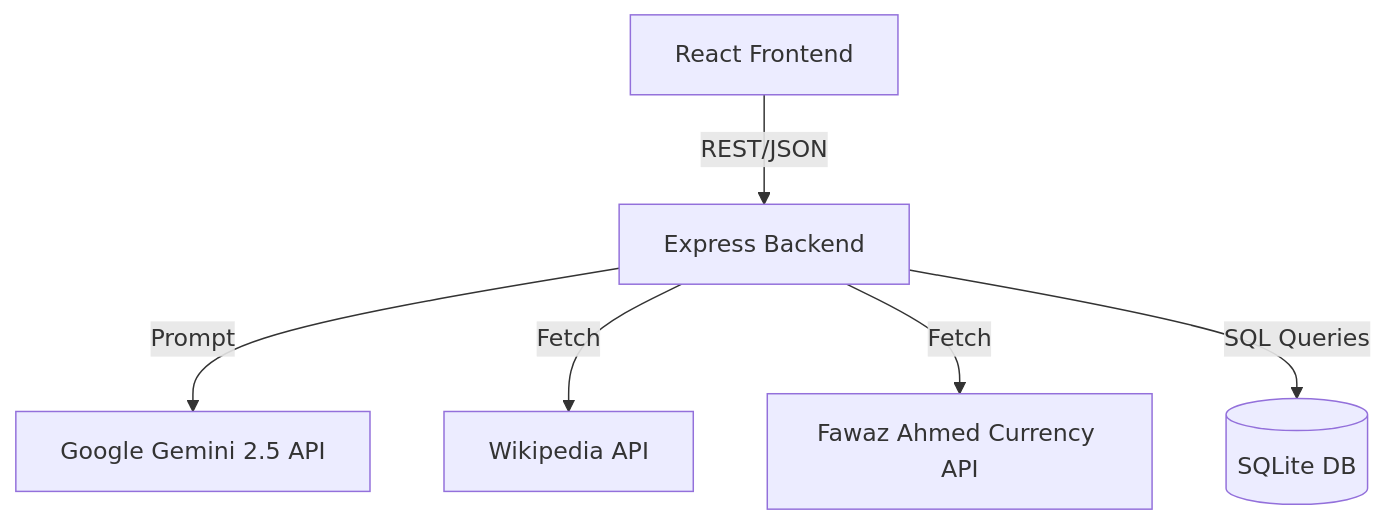
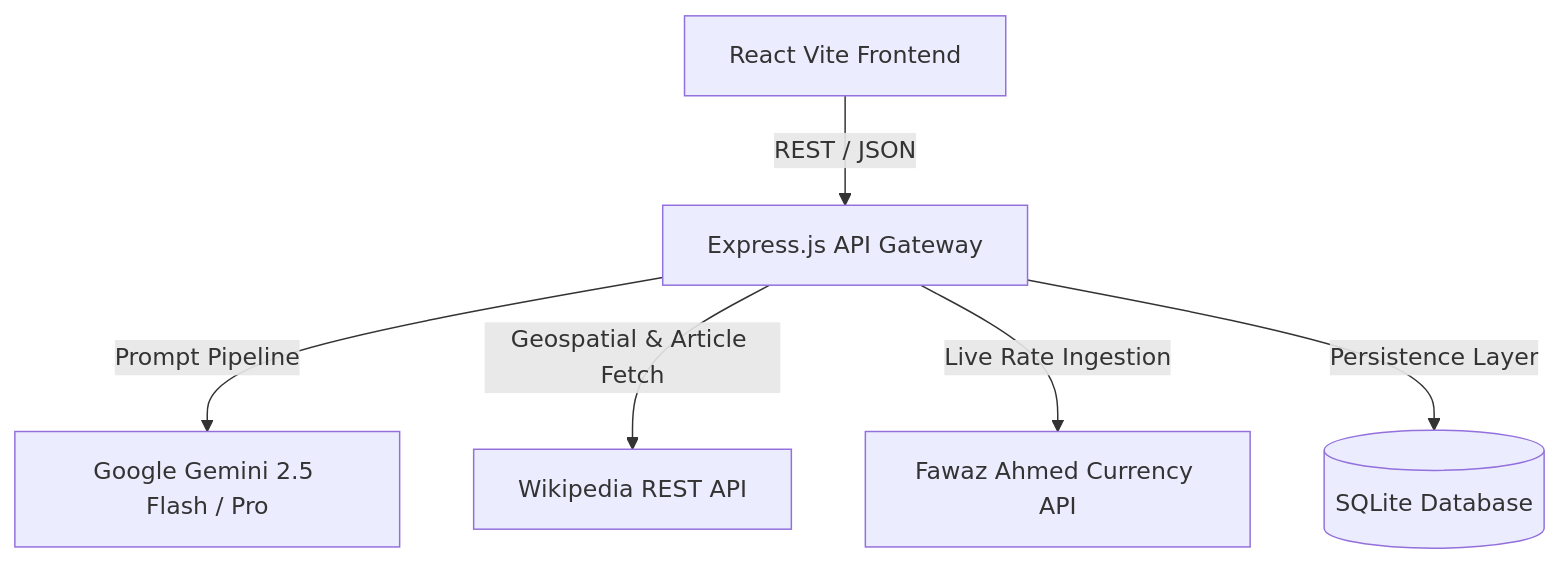
One commit to sandeep-kumar-270904/Travel-Companion-AI changed the first of 2 diagrams in README.md. Above: the diagram before and after it, drawn with Mermaid. The commit also changed other lines of this file, not shown here.

````diff
--- a/README.md
+++ b/README.md
@@ -48,8 +49,8 @@
 ```mermaid
 graph TD
-    Client[React Frontend] -->|REST/JSON| API[Express Backend]
-    API -->|Prompt| Gemini[Google Gemini 2.5 API]
-    API -->|Fetch| Wiki[Wikipedia API]
-    API -->|Fetch| Currency[Fawaz Ahmed Currency API]
-    API -->|SQL Queries| DB[(SQLite DB)]
+    Client[React Vite Frontend] -->|REST / JSON| API[Express.js API Gateway]
+    API -->|Prompt Pipeline| Gemini[Google Gemini 2.5 Flash / Pro]
+    API -->|Geospatial & Article Fetch| Wiki[Wikipedia REST API]
+    API -->|Live Rate Ingestion| Currency[Fawaz Ahmed Currency API]
+    API -->|Persistence Layer| DB[(SQLite Database)]
 ```
````
